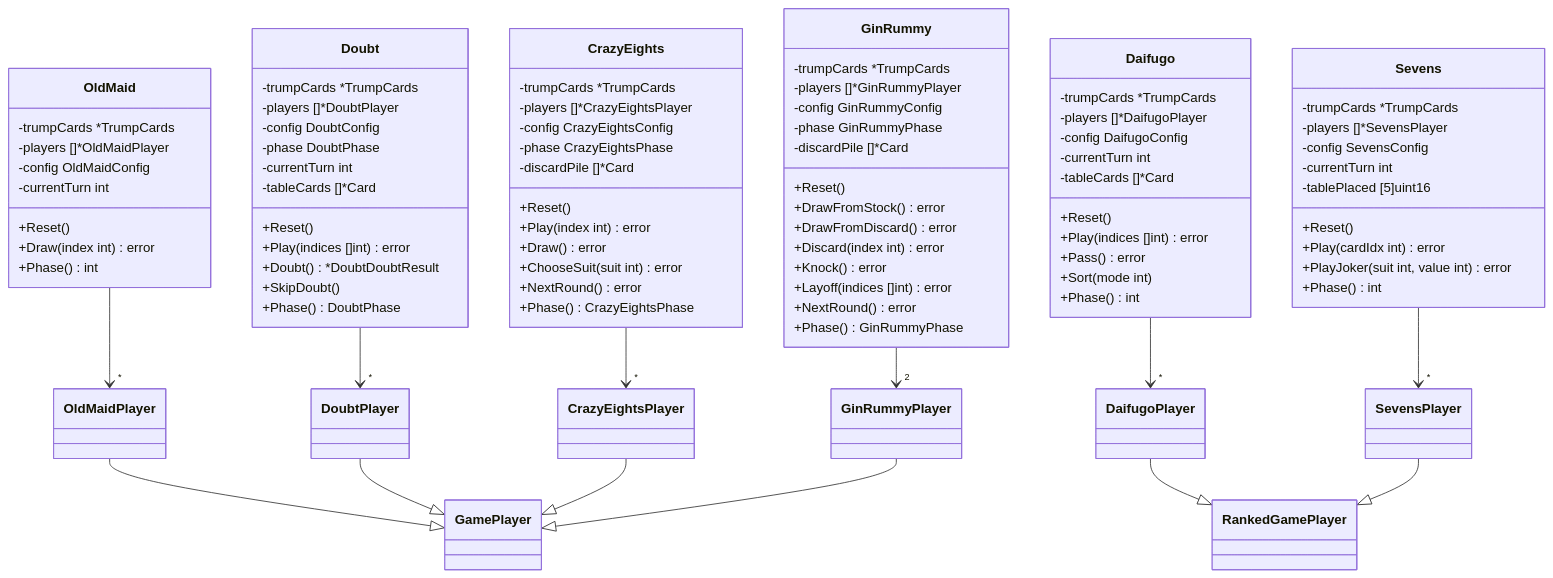
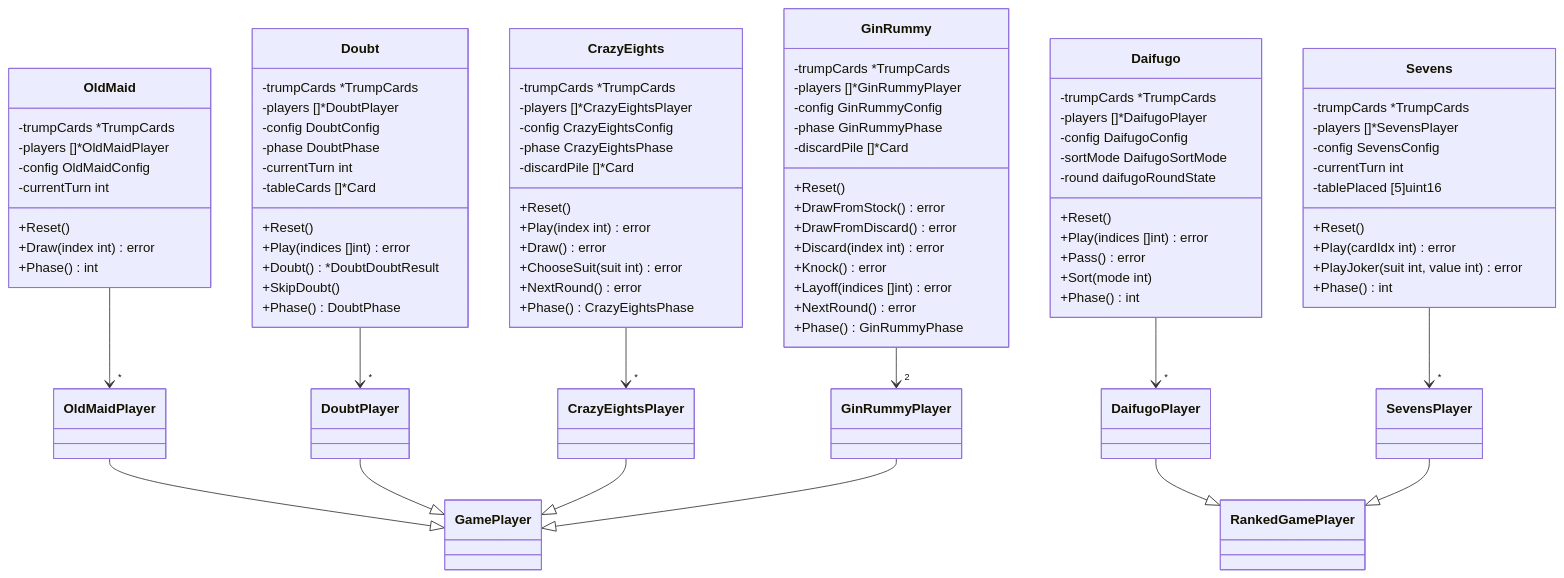
The sixth of 32 diagrams in docs/design/backend.md (yuta-yoshinaga/go_trumpcards), drawn with Mermaid before and after one commit. The commit also changed other lines of this file and 42 other files, not shown here.

```diff
--- a/docs/design/backend.md
+++ b/docs/design/backend.md
@@ -463,8 +460,8 @@
         -trumpCards *TrumpCards
         -players []*DaifugoPlayer
         -config DaifugoConfig
-        -currentTurn int
-        -tableCards []*Card
+        -sortMode DaifugoSortMode
+        -round daifugoRoundState
         +Reset()
         +Play(indices []int) error
         +Pass() error
```
